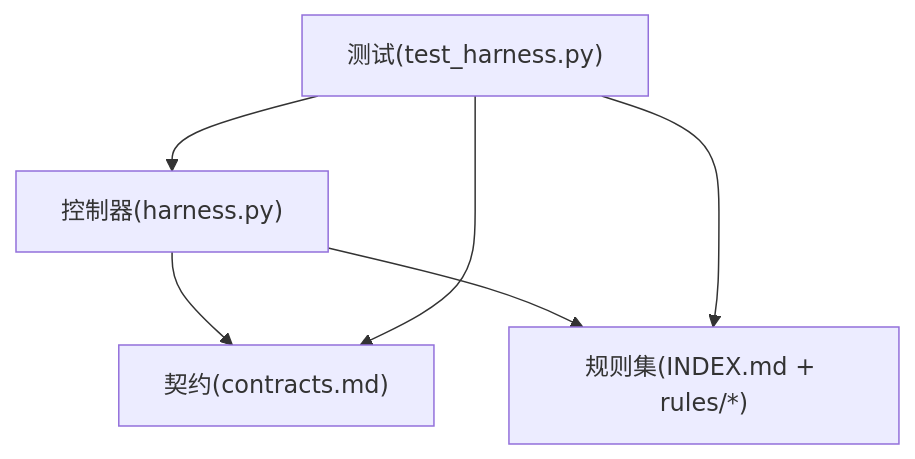
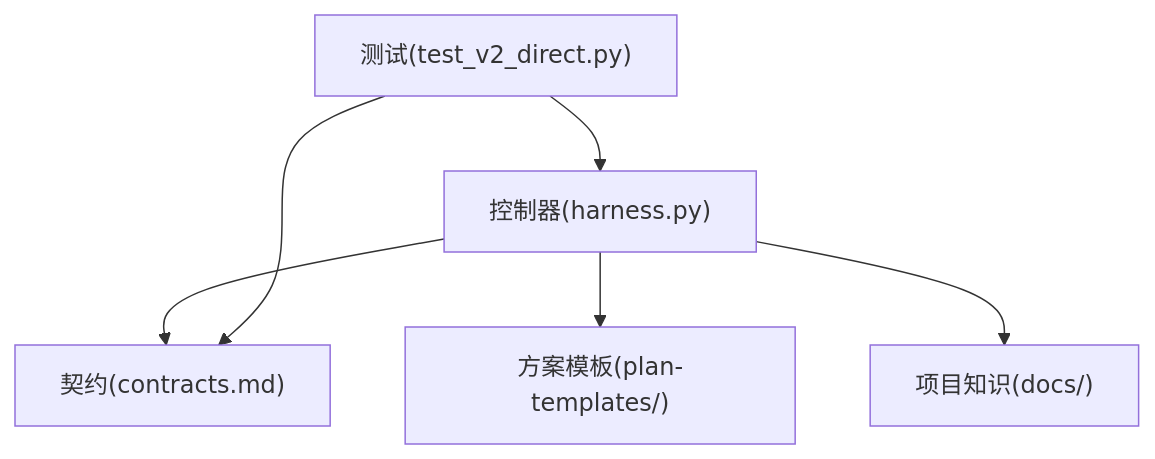
Before and after one commit to HackSing/docs-harness: the fourth of 4 diagrams in .qoder/repowiki/zh/content/核心概念/风险门控系统/风险门控系统.md, drawn with Mermaid. The commit also changed other lines of this file and 42 other files, not shown here.

````diff
--- a/.qoder/repowiki/zh/content/核心概念/风险门控系统/风险门控系统.md
+++ b/.qoder/repowiki/zh/content/核心概念/风险门控系统/风险门控系统.md
@@ -269,8 +201,8 @@
 ```mermaid
 graph TB
 Controller["控制器(harness.py)"] --> Contracts["契约(contracts.md)"]
-Controller --> Rules["规则集(INDEX.md + rules/*)"]
-Tests["测试(test_harness.py)"] --> Controller
+Controller --> Templates["方案模板(plan-templates/)"]
+Controller --> Knowledge["项目知识(docs/)"]
+Tests["测试(test_v2_direct.py)"] --> Controller
 Tests --> Contracts
-Tests --> Rules
 ```
````
